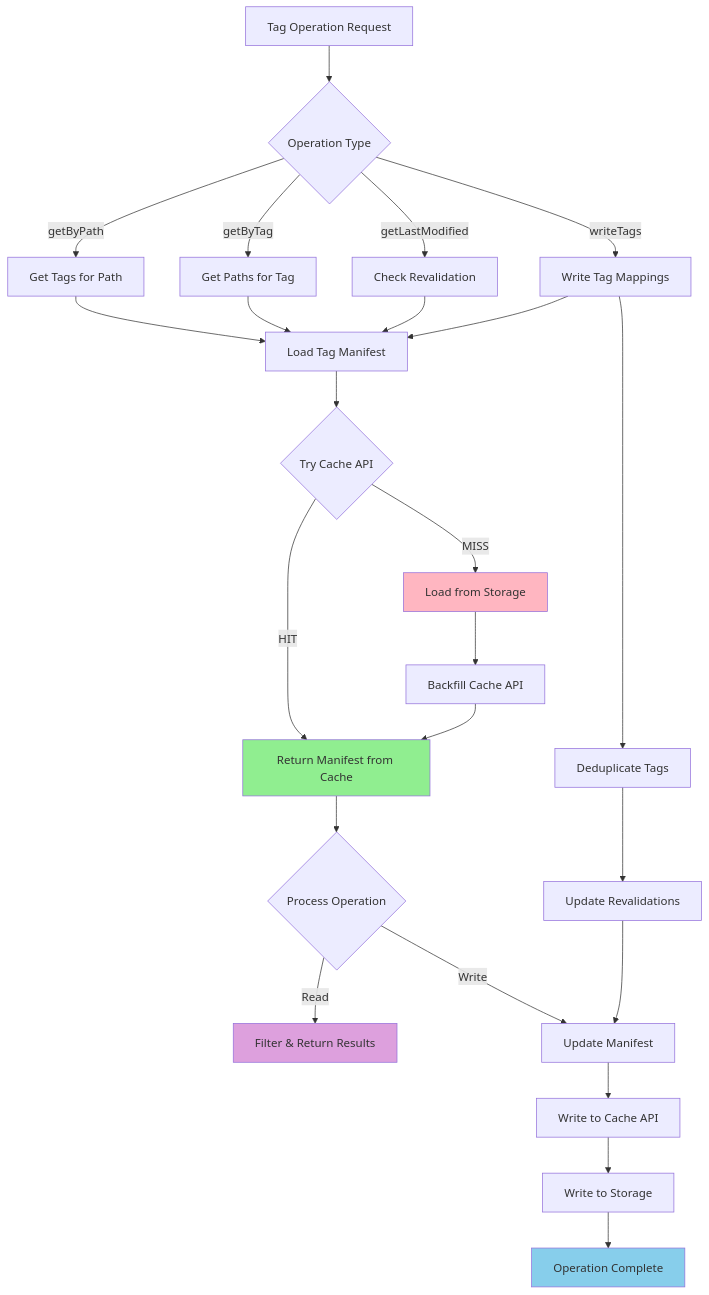
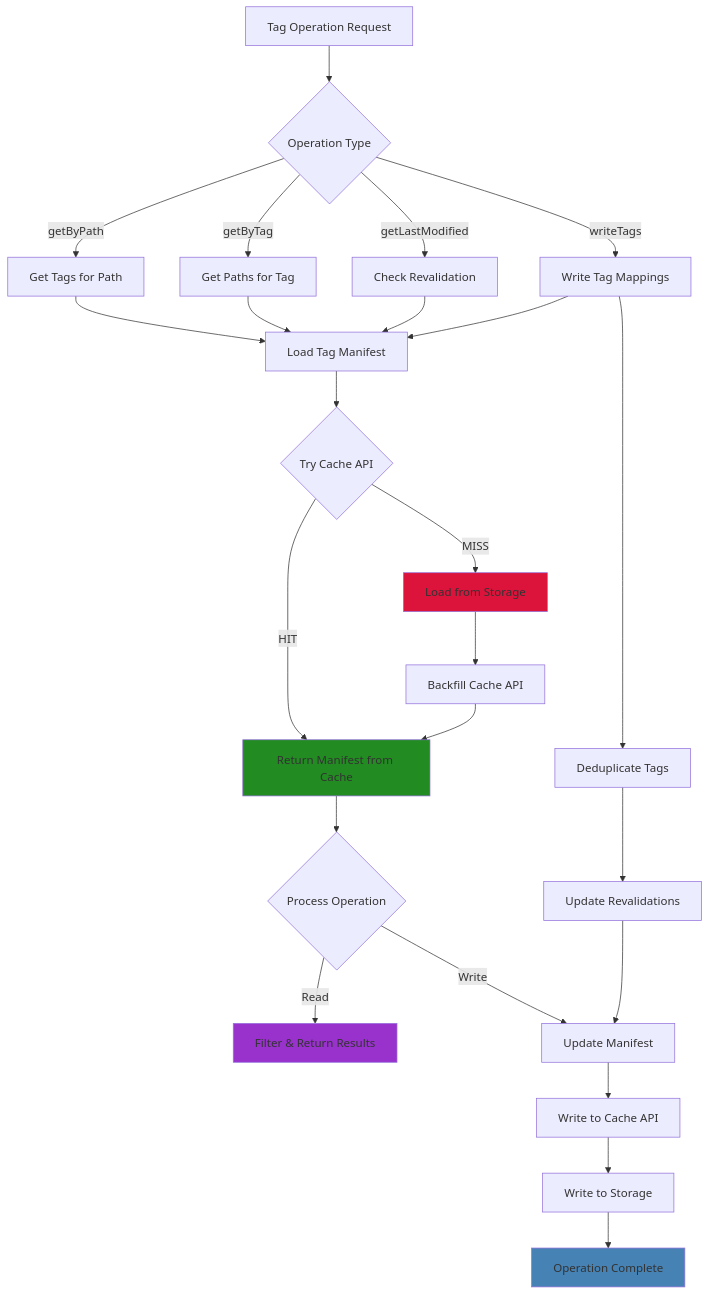
The diagram in docs/tag-cache.md (aziontech/opennextjs-azion), drawn with Mermaid before and after one commit. The commit also changed 2 other files, not shown here.

Commit message:
style: update Mermaid diagram colors to use hex codes with higher contrast

````diff
--- a/docs/tag-cache.md
+++ b/docs/tag-cache.md
@@ -41,37 +41,37 @@
 ```mermaid
 graph TD
     A[Tag Operation Request] --> B{Operation Type}
 
     B -->|getByPath| C[Get Tags for Path]
     B -->|getByTag| D[Get Paths for Tag]
     B -->|getLastModified| E[Check Revalidation]
     B -->|writeTags| F[Write Tag Mappings]
 
     C --> G[Load Tag Manifest]
     D --> G
     E --> G
     F --> G
 
     G --> H{Try Cache API}
     H -->|HIT| I[Return Manifest from Cache]
     H -->|MISS| J[Load from Storage]
     J --> K[Backfill Cache API]
     K --> I
 
     I --> L{Process Operation}
     L -->|Read| M[Filter & Return Results]
     L -->|Write| N[Update Manifest]
 
     N --> O[Write to Cache API]
     O --> P[Write to Storage]
     P --> Q[Operation Complete]
 
     F --> R[Deduplicate Tags]
     R --> S[Update Revalidations]
     S --> N
 
-    style I fill:#90EE90
-    style J fill:#FFB6C1
-    style Q fill:#87CEEB
-    style M fill:#DDA0DD
+    style I fill:#228B22
+    style J fill:#DC143C
+    style Q fill:#4682B4
+    style M fill:#9932CC
 ```
````
